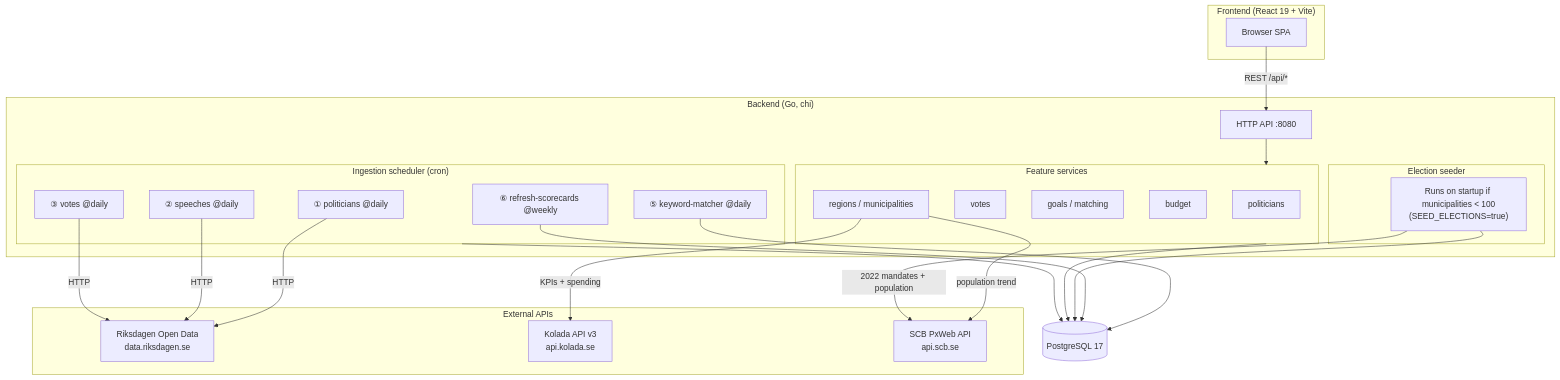
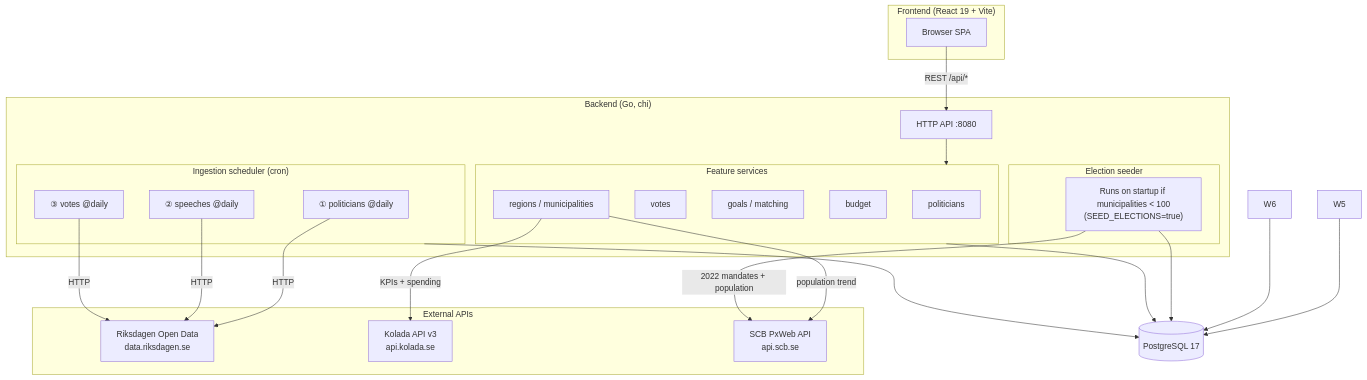
Before and after one commit to Runemark7/swedish-democratic-tracker: the diagram in README.md, drawn with Mermaid. The commit also changed other lines of this file and 45 other files, not shown here.

First line of the commit message:
feat: retire goals, keyword matching, scorecards and old promises (#164) (#200)

````diff
--- a/README.md
+++ b/README.md
@@ -13,52 +13,50 @@
 ```mermaid
 graph TD
     subgraph fe["Frontend (React 19 + Vite)"]
         FE["Browser SPA"]
     end
 
     subgraph be["Backend (Go, chi)"]
         API["HTTP API :8080"]
 
         subgraph features["Feature services"]
             PS["politicians"]
             VS["votes"]
             GS["goals / matching"]
             BS["budget"]
             RS["regions / municipalities"]
         end
 
         subgraph ingestion["Ingestion scheduler (cron)"]
             W1["① politicians @daily"]
             W2["② speeches @daily"]
             W3["③ votes @daily"]
-            W5["⑤ keyword-matcher @daily"]
-            W6["⑥ refresh-scorecards @weekly"]
         end
 
         subgraph seeder["Election seeder"]
             SD["Runs on startup if municipalities < 100\n(SEED_ELECTIONS=true)"]
         end
     end
 
     subgraph ext["External APIs"]
         RD["Riksdagen Open Data\ndata.riksdagen.se"]
         KO["Kolada API v3\napi.kolada.se"]
         SC["SCB PxWeb API\napi.scb.se"]
     end
 
     DB[(PostgreSQL 17)]
 
     FE -->|REST /api/*| API
     API --> features
     features --> DB
 
     W1 & W2 & W3 -->|HTTP| RD
     W5 & W6 --> DB
 
     RS -->|KPIs + spending| KO
     RS -->|population trend| SC
     SD -->|2022 mandates + population| SC
     SD --> DB
 
     ingestion --> DB
 ```
````
